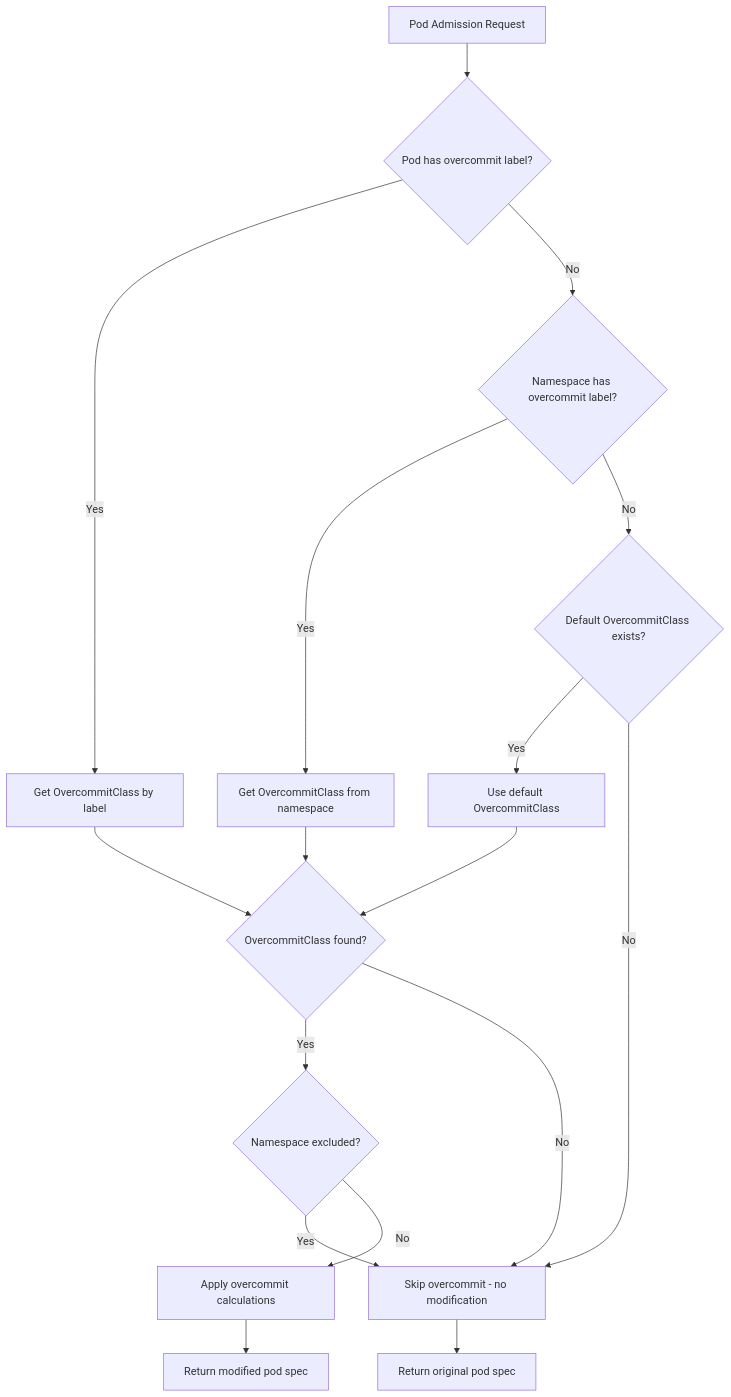
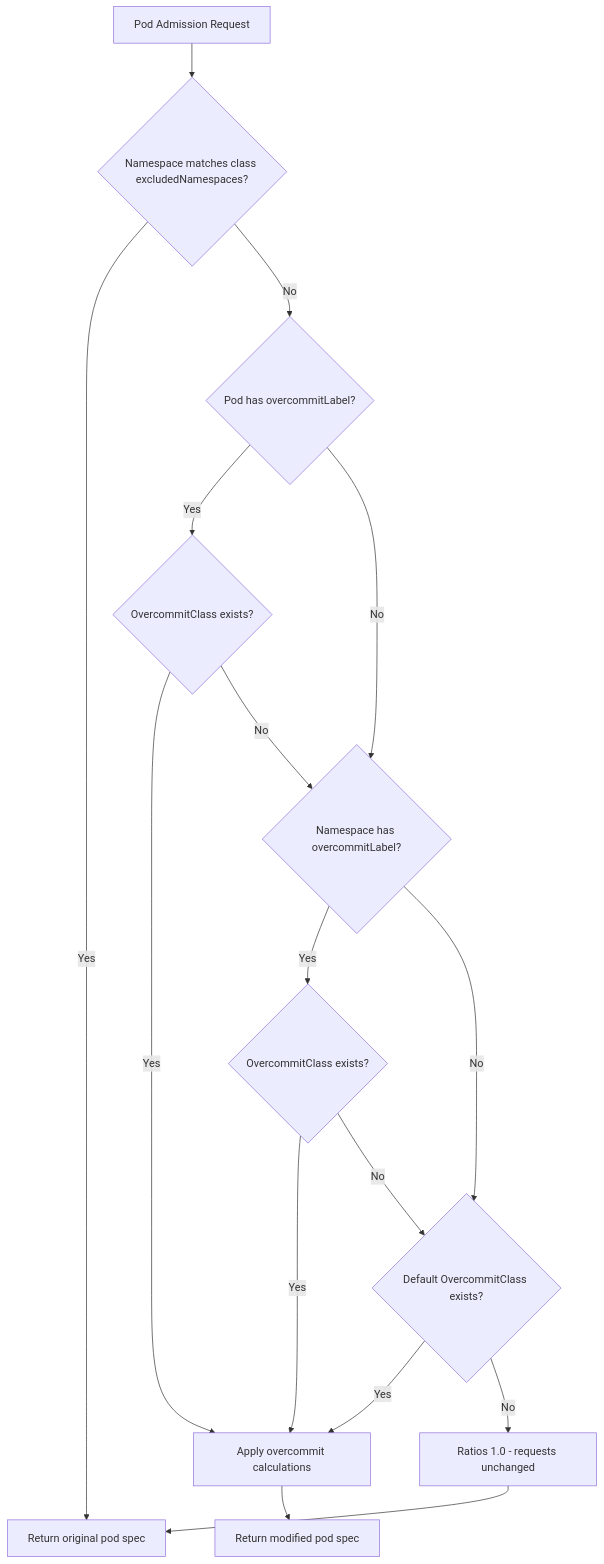
Before and after one commit to InditexTech/k8s-overcommit-operator: the second of 3 diagrams in docs/architecture.md, drawn with Mermaid. The commit also changed other lines of this file and 2 other files, not shown here.

First line of the commit message:
docs: align quickstart, OvercommitClass example and architecture with api/v1alphav1 types

````diff
--- a/docs/architecture.md
+++ b/docs/architecture.md
@@ -81,21 +90,18 @@
 ```mermaid
 flowchart TD
-    A[Pod Admission Request] --> B{Pod has overcommit label?}
-    B -->|Yes| C[Get OvercommitClass by label]
-    B -->|No| D{Namespace has overcommit label?}
-    D -->|Yes| E[Get OvercommitClass from namespace]
-    D -->|No| F{Default OvercommitClass exists?}
-    F -->|Yes| G[Use default OvercommitClass]
-    F -->|No| H[Skip overcommit - no modification]
-
-    C --> I{OvercommitClass found?}
-    E --> I
-    G --> I
-    I -->|Yes| J{Namespace excluded?}
-    I -->|No| H
-    J -->|Yes| H
-    J -->|No| K[Apply overcommit calculations]
+    A[Pod Admission Request] --> S{Namespace matches class excludedNamespaces?}
+    S -->|Yes| M[Return original pod spec]
+    S -->|No| B{Pod has overcommitLabel?}
+    B -->|Yes| C{OvercommitClass exists?}
+    C -->|Yes| K[Apply overcommit calculations]
+    C -->|No| D{Namespace has overcommitLabel?}
+    B -->|No| D
+    D -->|Yes| E{OvercommitClass exists?}
+    E -->|Yes| K
+    E -->|No| F{Default OvercommitClass exists?}
+    D -->|No| F
+    F -->|Yes| K
+    F -->|No| H[Ratios 1.0 - requests unchanged]
+    H --> M
     K --> L[Return modified pod spec]
-
-    H --> M[Return original pod spec]
 ```
````
